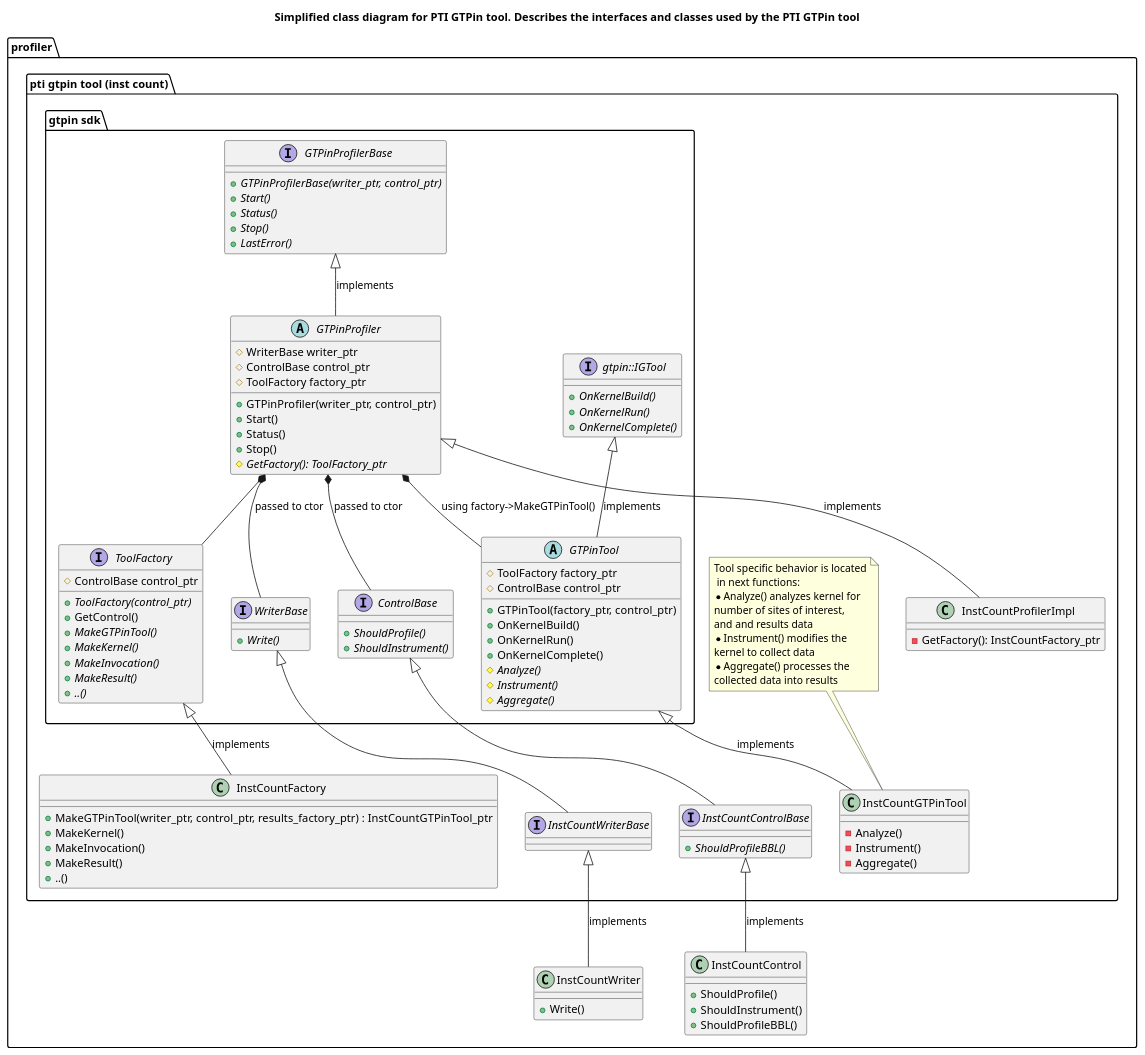
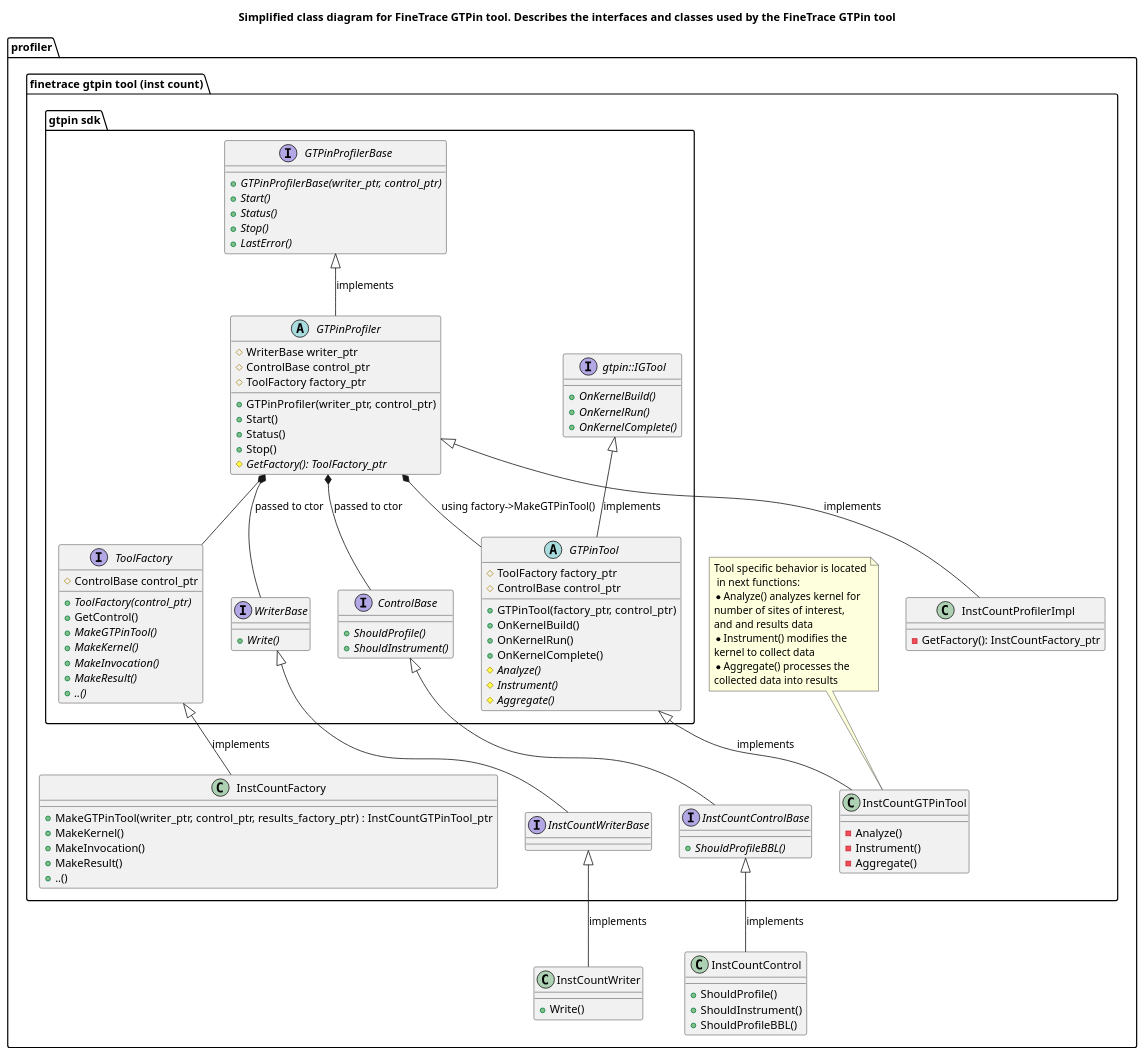
One commit to alexChurkin/FineTrace changed the diagram in utils/gtpin_utils/doc/interfaces.puml. Above: the diagram before and after it, drawn with PlantUML. The commit also changed 8 other files, not shown here.

```diff
--- a/utils/gtpin_utils/doc/interfaces.puml
+++ b/utils/gtpin_utils/doc/interfaces.puml
@@ -1,109 +1,109 @@
 @startuml
 
 
-title Simplified class diagram for PTI GTPin tool. Describes the interfaces and classes used by the PTI GTPin tool
+title Simplified class diagram for FineTrace GTPin tool. Describes the interfaces and classes used by the FineTrace GTPin tool
 
 package profiler {
-    package "pti gtpin tool (inst count)" {
+    package "finetrace gtpin tool (inst count)" {
         package "gtpin sdk" {
             interface WriterBase {
                 {abstract} +Write()
             }
             interface ControlBase {
                 {abstract} +ShouldProfile()
                 {abstract} +ShouldInstrument()
             }
             interface GTPinProfilerBase {
                 {abstract} +GTPinProfilerBase(writer_ptr, control_ptr)
                 {abstract} +Start()
                 {abstract} +Status()
                 {abstract} +Stop()
                 {abstract} +LastError()
             }
             interface gtpin::IGTool {
                 {abstract} +OnKernelBuild()
                 {abstract} +OnKernelRun()
                 {abstract} +OnKernelComplete()
             }
             interface ToolFactory {
                 #ControlBase control_ptr
                 {abstract} +ToolFactory(control_ptr)
                 +GetControl()
                 {abstract} +MakeGTPinTool()
                 {abstract} +MakeKernel()
                 {abstract} +MakeInvocation()
                 {abstract} +MakeResult()
                 {abstract} +..()
             }
             GTPinProfiler *-- ToolFactory
             abstract GTPinProfiler {
                 #WriterBase writer_ptr
                 #ControlBase control_ptr
                 #ToolFactory factory_ptr
                 +GTPinProfiler(writer_ptr, control_ptr)
                 +Start()
                 +Status()
                 +Stop()
                 {abstract} #GetFactory(): ToolFactory_ptr
             }
             abstract GTPinTool {
                 #ToolFactory factory_ptr
                 #ControlBase control_ptr
                 +GTPinTool(factory_ptr, control_ptr)
                 +OnKernelBuild()
                 +OnKernelRun()
                 +OnKernelComplete()
                 {abstract} #Analyze()
                 {abstract} #Instrument()
                 {abstract} #Aggregate()
             }
 
             GTPinProfilerBase <|-- GTPinProfiler : implements
             gtpin::IGTool <|--GTPinTool  : implements
             GTPinProfiler *-- GTPinTool : using factory->MakeGTPinTool()
             GTPinProfiler *-- WriterBase : passed to ctor
             GTPinProfiler *-- ControlBase : passed to ctor
         }
         class InstCountProfilerImpl {
             -GetFactory(): InstCountFactory_ptr
         }
         class InstCountFactory {
                 +MakeGTPinTool(writer_ptr, control_ptr, results_factory_ptr) : InstCountGTPinTool_ptr
                 +MakeKernel()
                 +MakeInvocation()
                 +MakeResult()
                 +..()
         }
         class InstCountGTPinTool {
             -Analyze()
             -Instrument()
             -Aggregate()
         }
         note "Tool specific behavior is located\n in next functions:\n* Analyze() analyzes kernel for\nnumber of sites of interest,\nand and results data\n* Instrument() modifies the\nkernel to collect data\n* Aggregate() processes the\ncollected data into results" as N3
         N3 .. InstCountGTPinTool
 
         interface InstCountControlBase {
             {abstract} +ShouldProfileBBL()
         }
         ControlBase <|-- InstCountControlBase
         interface InstCountWriterBase {}
         WriterBase <|-- InstCountWriterBase
         GTPinProfiler <|-- InstCountProfilerImpl : implements
         GTPinTool <|-- InstCountGTPinTool : implements
         ToolFactory <|-- InstCountFactory : implements
     }
 
     class InstCountWriter {
         +Write()
     }
     class InstCountControl {
         +ShouldProfile()
         +ShouldInstrument()
         +ShouldProfileBBL()
     }
 
     InstCountWriterBase <|-- InstCountWriter : implements
     InstCountControlBase <|-- InstCountControl : implements
 }
 
 @enduml
```
